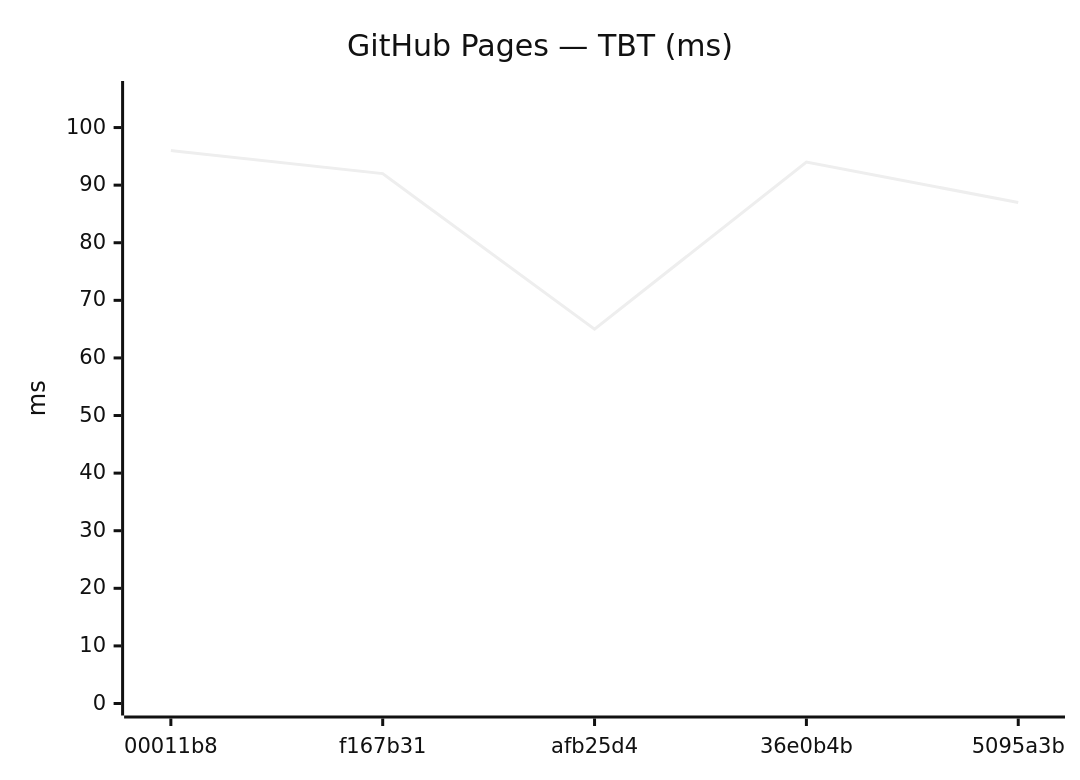
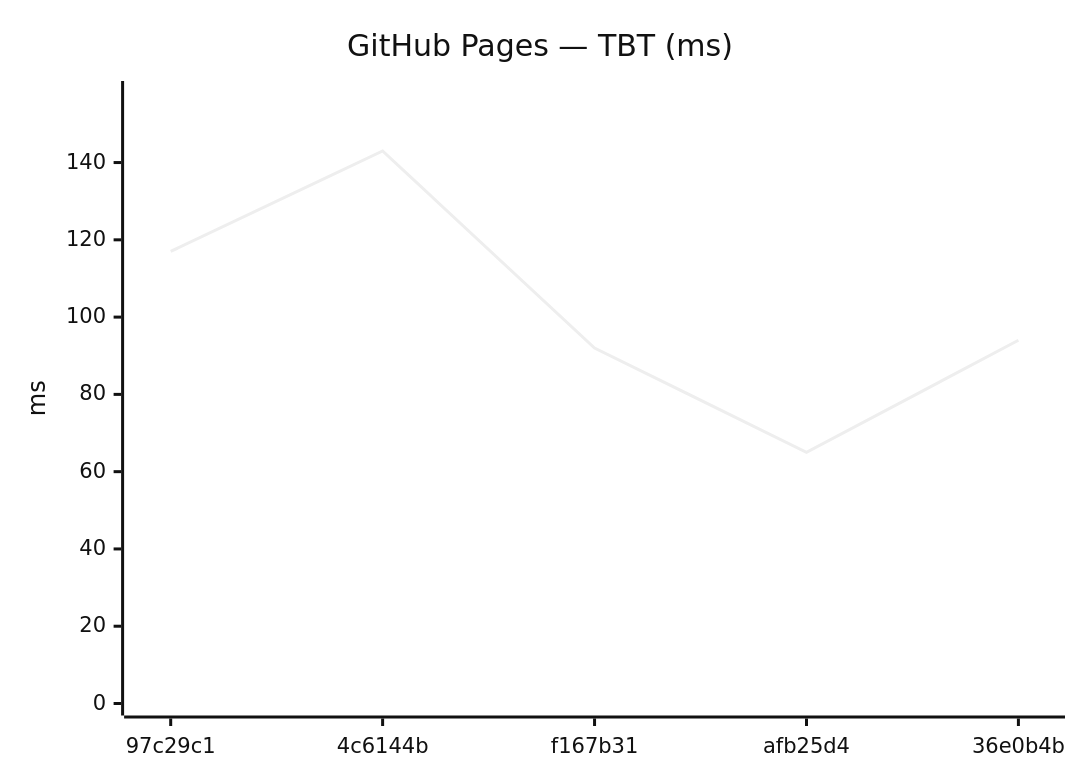
One commit to Metaheurist/Rianell changed the tenth of 18 diagrams in benchmarks/compare.md. Above: the diagram before and after it, drawn with Mermaid (neutral theme). The commit also changed other lines of this file and 11 other files, not shown here.

````diff
--- a/benchmarks/compare.md
+++ b/benchmarks/compare.md
@@ -149,7 +149,7 @@
 ```mermaid
 xychart-beta
     title "GitHub Pages — TBT (ms)"
-    x-axis ["00011b8", "f167b31", "afb25d4", "36e0b4b", "5095a3b"]
-    y-axis "ms" 0 --> 106
-    line [96, 92, 65, 94, 87]
+    x-axis ["97c29c1", "4c6144b", "f167b31", "afb25d4", "36e0b4b"]
+    y-axis "ms" 0 --> 158
+    line [117, 143, 92, 65, 94]
 ```
````
